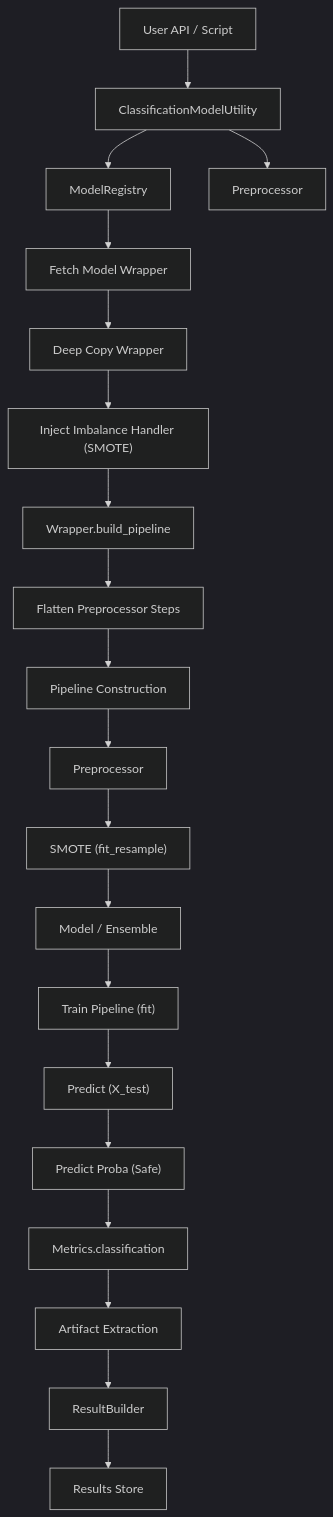
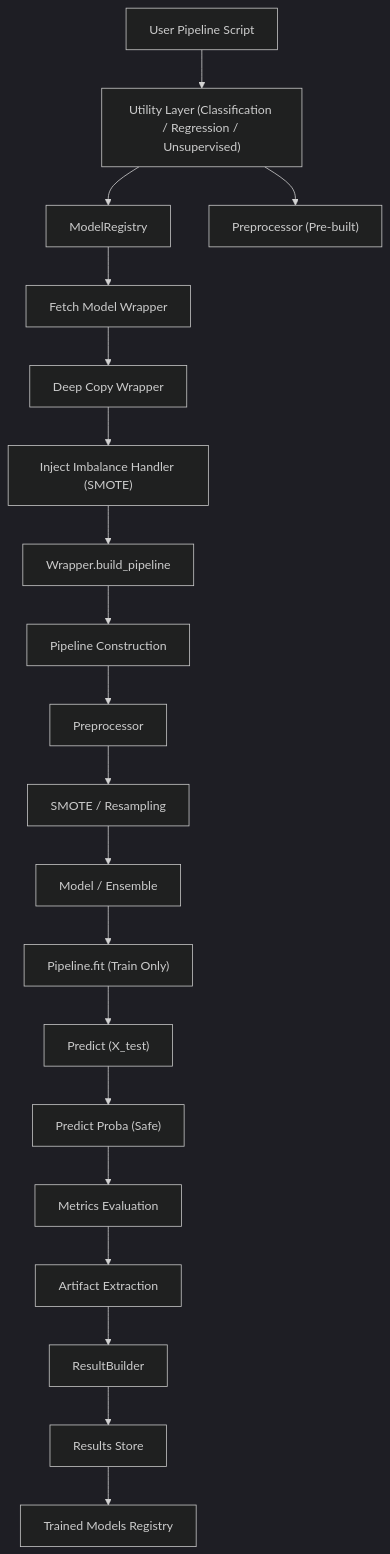
The second of 4 diagrams in lib/utility/machinelearning/facade/CLASSIFICATIONMODELUTILITY.md (abhinavssingh/python-learnings), drawn with Mermaid (dark theme) before and after one commit. The commit also changed other lines of this file and 23 other files, not shown here.

Commit message:
refactoring pipeline script for inferencing

````diff
--- a/lib/utility/machinelearning/facade/CLASSIFICATIONMODELUTILITY.md
+++ b/lib/utility/machinelearning/facade/CLASSIFICATIONMODELUTILITY.md
@@ -72,35 +75,36 @@
 ```mermaid
 flowchart TD
-    A[User API / Script] --> B[ClassificationModelUtility]
+
+    A[User Pipeline Script] --> B["Utility Layer (Classification / Regression / Unsupervised)"]
 
     B --> C[ModelRegistry]
-    B --> D[Preprocessor]
+    B --> D["Preprocessor (Pre-built)"]
 
     C --> E[Fetch Model Wrapper]
     E --> F[Deep Copy Wrapper]
 
     F --> G["Inject Imbalance Handler (SMOTE)"]
 
     G --> H[Wrapper.build_pipeline]
 
-    H --> I[Flatten Preprocessor Steps]
+    H --> I[Pipeline Construction]
 
-    I --> J[Pipeline Construction]
+    I --> I1[Preprocessor]
+    I1 --> I2["SMOTE / Resampling"]
+    I2 --> I3[Model / Ensemble]
 
-    J --> J1[Preprocessor]
-    J1 --> J2["SMOTE (fit_resample)"]
-    J2 --> J3[Model / Ensemble]
+    I3 --> J["Pipeline.fit (Train Only)"]
 
-    J3 --> K["Train Pipeline (fit)"]
-    K --> L["Predict (X_test)"]
+    J --> K["Predict (X_test)"]
+    K --> L["Predict Proba (Safe)"]
 
-    L --> M["Predict Proba (Safe)"]
+    L --> M[Metrics Evaluation]
 
-    M --> N[Metrics.classification]
+    M --> N[Artifact Extraction]
 
-    N --> O[Artifact Extraction]
+    N --> O[ResultBuilder]
 
-    O --> P[ResultBuilder]
+    O --> P[Results Store]
 
-    P --> Q[Results Store]
+    P --> Q[Trained Models Registry]
 ```
````
